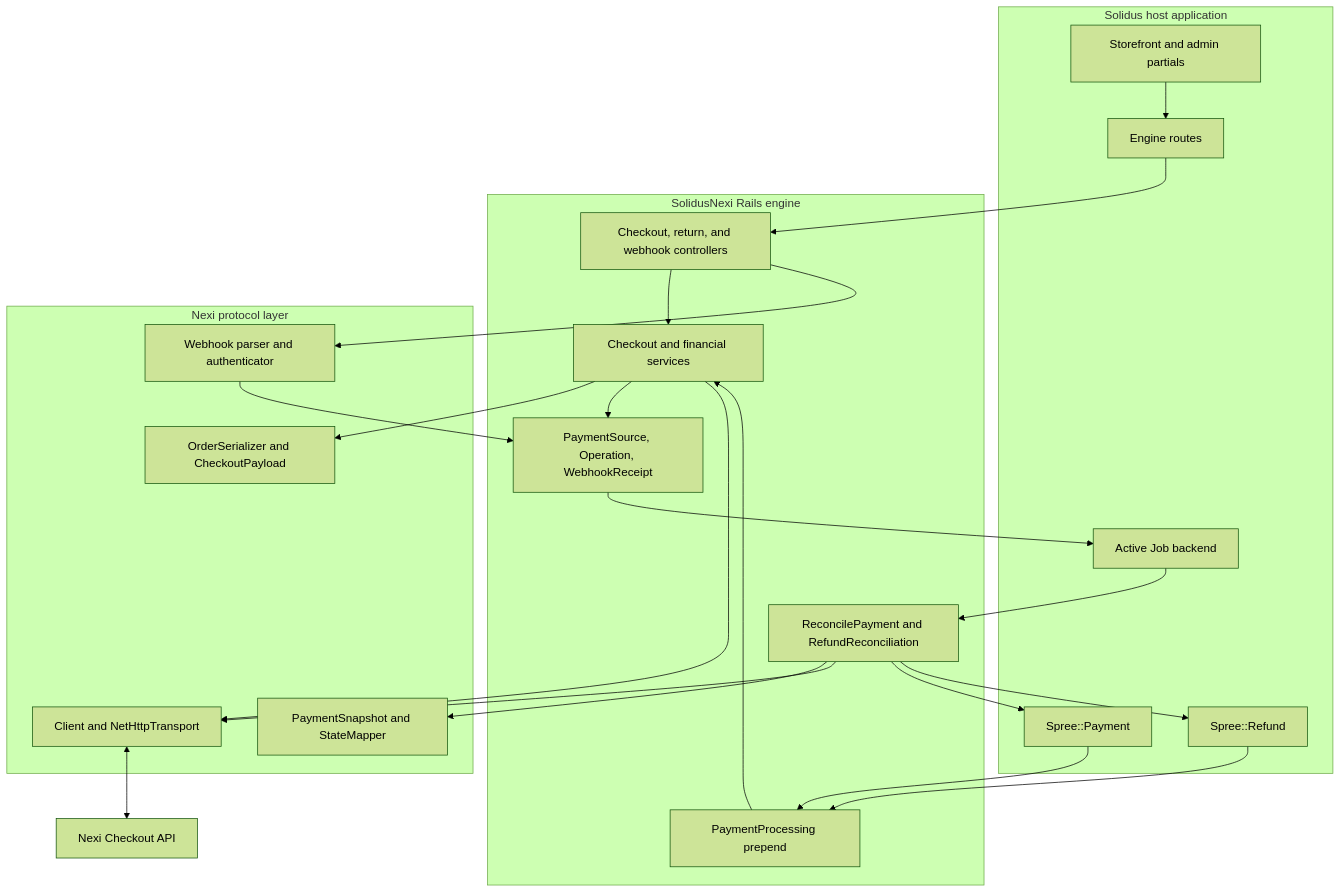
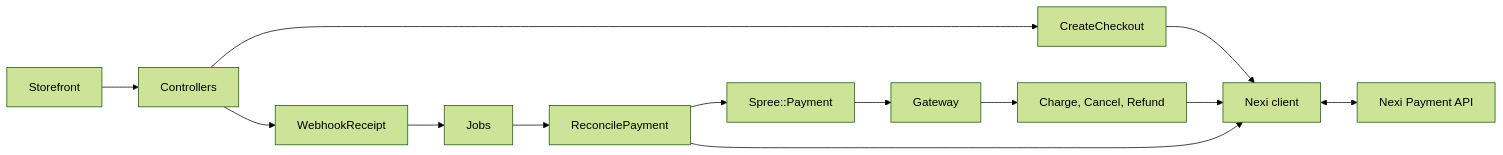
The diagram in docs/README.md (futhr/solidus_nexi), drawn with Mermaid (forest theme) before and after one commit. The commit also changed other lines of this file and 7 other files, not shown here.

````diff
--- a/docs/README.md
+++ b/docs/README.md
@@ -7,45 +5,15 @@
 ```mermaid
-flowchart TB
-  subgraph Host[Solidus host application]
-    Routes[Engine routes]
-    Views[Storefront and admin partials]
-    Payment[Spree::Payment]
-    Refund[Spree::Refund]
-    Jobs[Active Job backend]
-  end
-
-  subgraph Engine[SolidusNexi Rails engine]
-    Controllers[Checkout, return, and webhook controllers]
-    Services[Checkout and financial services]
-    Models[PaymentSource, Operation, WebhookReceipt]
-    Processing[PaymentProcessing prepend]
-    Reconciliation[ReconcilePayment and RefundReconciliation]
-  end
-
-  subgraph Protocol[Nexi protocol layer]
-    Client[Client and NetHttpTransport]
-    Payload[OrderSerializer and CheckoutPayload]
-    Snapshot[PaymentSnapshot and StateMapper]
-    Webhook[Webhook parser and authenticator]
-  end
-
-  Nexi[Nexi Checkout API]
-
-  Views --> Routes --> Controllers
-  Controllers --> Services
-  Services --> Payload
-  Services --> Models
-  Processing --> Services
-  Payment --> Processing
-  Refund --> Processing
-  Controllers --> Webhook
-  Webhook --> Models
-  Models --> Jobs
-  Jobs --> Reconciliation
-  Reconciliation --> Snapshot
-  Services --> Client
-  Reconciliation --> Client
-  Client <--> Nexi
-  Reconciliation --> Payment
-  Reconciliation --> Refund
+flowchart LR
+  Storefront --> Controllers
+  Controllers --> Checkout[CreateCheckout]
+  Controllers --> Receipts[WebhookReceipt]
+  Receipts --> Jobs
+  Jobs --> Reconcile[ReconcilePayment]
+  Solidus[Spree::Payment] --> Gateway
+  Gateway --> Mutations[Charge, Cancel, Refund]
+  Checkout --> Client[Nexi client]
+  Mutations --> Client
+  Reconcile --> Client
+  Client <--> Nexi[Nexi Payment API]
+  Reconcile --> Solidus
 ```
````
